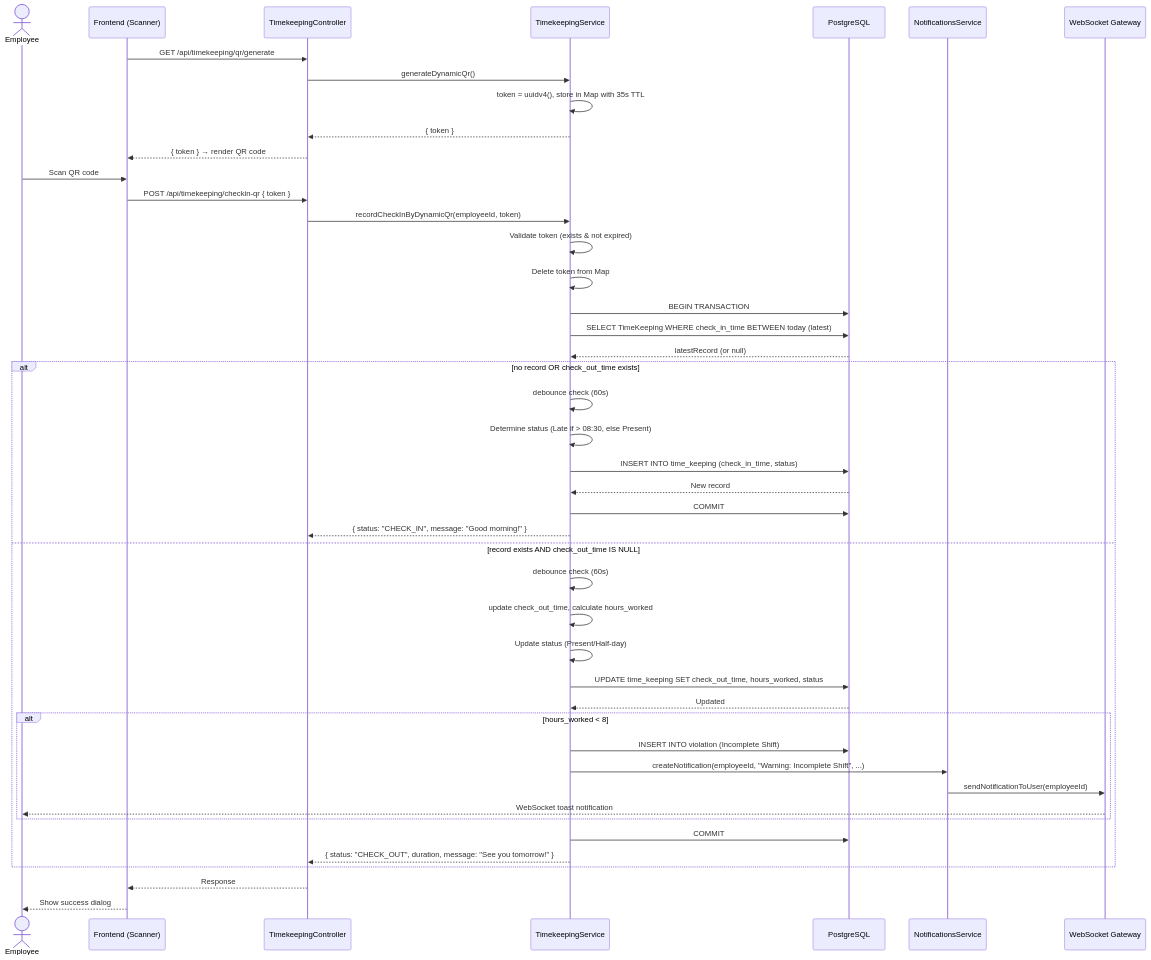
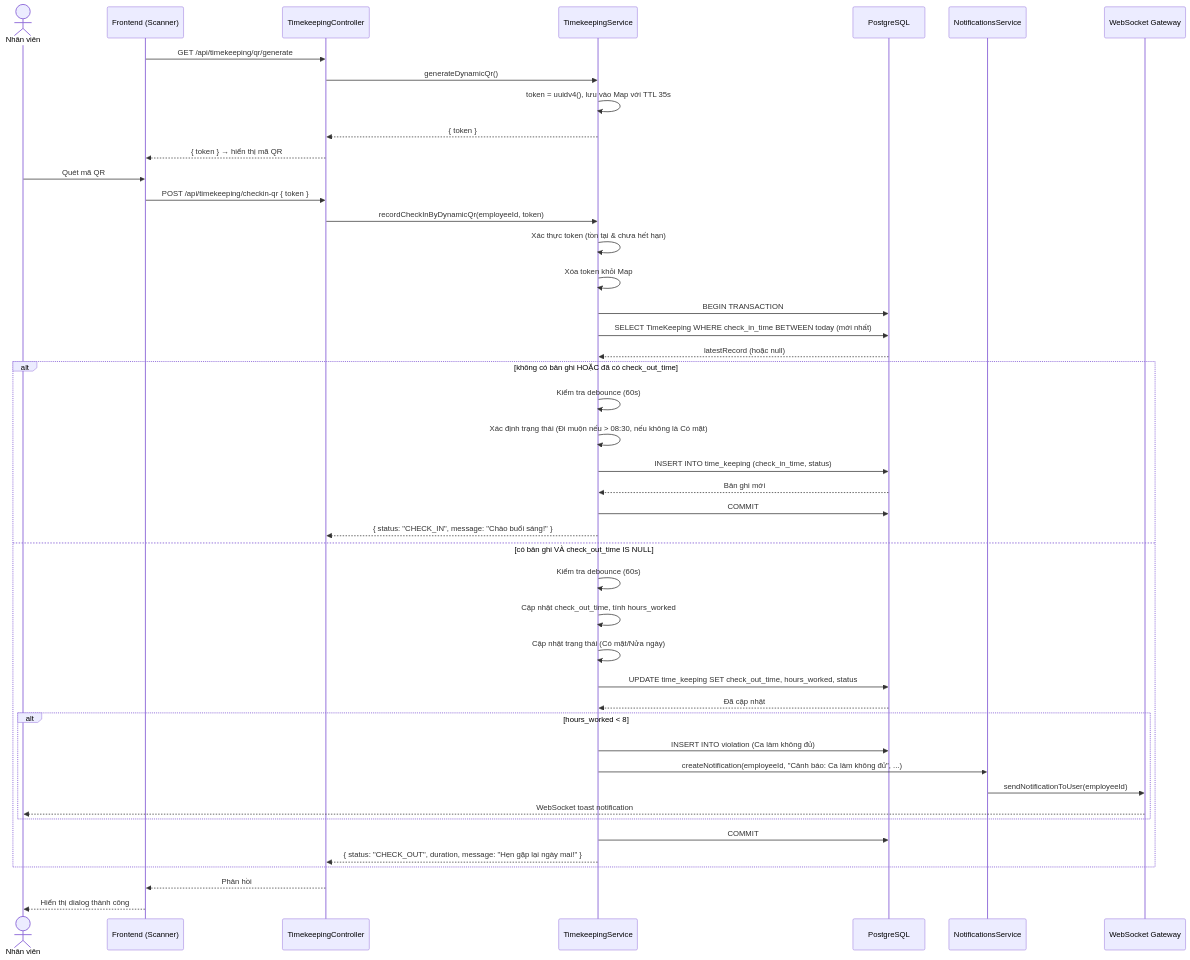
One commit to Luo-Zhii/HRM-Gene changed the third of 16 diagrams in docs/sequence-diagrams.md. Above: the diagram before and after it, drawn with Mermaid. The commit also changed other lines of this file and 3 other files, not shown here.

````diff
--- a/docs/sequence-diagrams.md
+++ b/docs/sequence-diagrams.md
@@ -106,55 +106,55 @@
 ```mermaid
 sequenceDiagram
-    actor E as Employee
+    actor E as Nhân viên
     participant FE as Frontend (Scanner)
     participant TC as TimekeepingController
     participant TS as TimekeepingService
     participant DB as PostgreSQL
     participant NS as NotificationsService
     participant GW as WebSocket Gateway
 
-    %% ── Generate QR ──
+    %% ── Phát QR ──
     FE->>TC: GET /api/timekeeping/qr/generate
     TC->>TS: generateDynamicQr()
-    TS->>TS: token = uuidv4(), store in Map with 35s TTL
+    TS->>TS: token = uuidv4(), lưu vào Map với TTL 35s
     TS-->>TC: { token }
-    TC-->>FE: { token } → render QR code
+    TC-->>FE: { token } → hiển thị mã QR
 
-    %% ── Scan QR (Check-in) ──
-    E->>FE: Scan QR code
+    %% ── Quét QR (Check-in) ──
+    E->>FE: Quét mã QR
     FE->>TC: POST /api/timekeeping/checkin-qr { token }
     TC->>TS: recordCheckInByDynamicQr(employeeId, token)
-    TS->>TS: Validate token (exists & not expired)
-    TS->>TS: Delete token from Map
+    TS->>TS: Xác thực token (tồn tại & chưa hết hạn)
+    TS->>TS: Xóa token khỏi Map
     TS->>DB: BEGIN TRANSACTION
-    TS->>DB: SELECT TimeKeeping WHERE check_in_time BETWEEN today (latest)
-    DB-->>TS: latestRecord (or null)
+    TS->>DB: SELECT TimeKeeping WHERE check_in_time BETWEEN today (mới nhất)
+    DB-->>TS: latestRecord (hoặc null)
 
-    alt no record OR check_out_time exists
-        TS->>TS: debounce check (60s)
-        TS->>TS: Determine status (Late if > 08:30, else Present)
+    alt không có bản ghi HOẶC đã có check_out_time
+        TS->>TS: Kiểm tra debounce (60s)
+        TS->>TS: Xác định trạng thái (Đi muộn nếu > 08:30, nếu không là Có mặt)
         TS->>DB: INSERT INTO time_keeping (check_in_time, status)
-        DB-->>TS: New record
+        DB-->>TS: Bản ghi mới
         TS->>DB: COMMIT
-        TS-->>TC: { status: "CHECK_IN", message: "Good morning!" }
-    else record exists AND check_out_time IS NULL
-        TS->>TS: debounce check (60s)
-        TS->>TS: update check_out_time, calculate hours_worked
-        TS->>TS: Update status (Present/Half-day)
+        TS-->>TC: { status: "CHECK_IN", message: "Chào buổi sáng!" }
+    else có bản ghi VÀ check_out_time IS NULL
+        TS->>TS: Kiểm tra debounce (60s)
+        TS->>TS: Cập nhật check_out_time, tính hours_worked
+        TS->>TS: Cập nhật trạng thái (Có mặt/Nửa ngày)
         TS->>DB: UPDATE time_keeping SET check_out_time, hours_worked, status
-        DB-->>TS: Updated
+        DB-->>TS: Đã cập nhật
 
         alt hours_worked < 8
-            TS->>DB: INSERT INTO violation (Incomplete Shift)
-            TS->>NS: createNotification(employeeId, "Warning: Incomplete Shift", ...)
+            TS->>DB: INSERT INTO violation (Ca làm không đủ)
+            TS->>NS: createNotification(employeeId, "Cảnh báo: Ca làm không đủ", ...)
             NS->>GW: sendNotificationToUser(employeeId)
             GW-->>E: WebSocket toast notification
         end
 
         TS->>DB: COMMIT
-        TS-->>TC: { status: "CHECK_OUT", duration, message: "See you tomorrow!" }
+        TS-->>TC: { status: "CHECK_OUT", duration, message: "Hẹn gặp lại ngày mai!" }
     end
 
-    TC-->>FE: Response
-    FE-->>E: Show success dialog
+    TC-->>FE: Phản hồi
+    FE-->>E: Hiển thị dialog thành công
 ```
````
